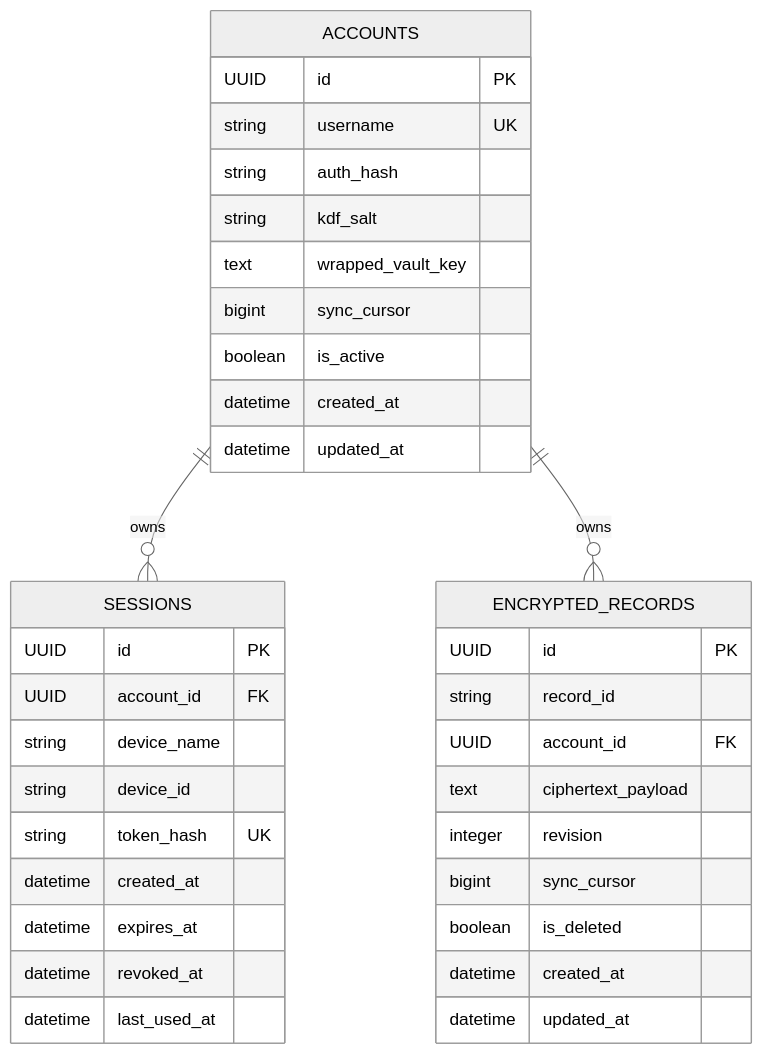
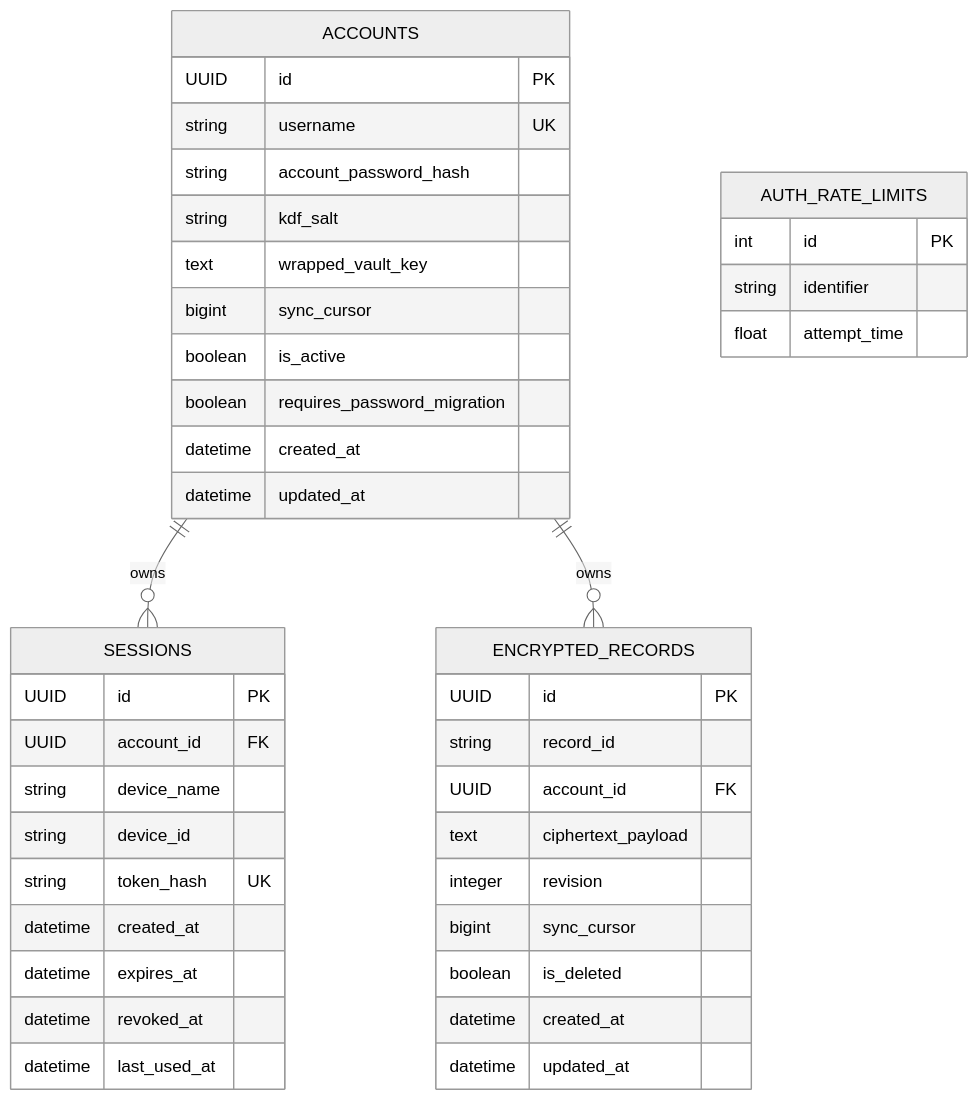
The second of 2 diagrams in docs/architecture.md (shivasathvik44/pswdMngr), drawn with Mermaid (neutral theme) before and after one commit. The commit also changed other lines of this file and 18 other files, not shown here.

Commit message:
feat(security): implement Two-Credential architecture and migration (Phase 3.2)

````diff
--- a/docs/architecture.md
+++ b/docs/architecture.md
@@ -82,41 +83,48 @@
 ```mermaid
 erDiagram
     ACCOUNTS ||--o{ SESSIONS : "owns"
     ACCOUNTS ||--o{ ENCRYPTED_RECORDS : "owns"
 
     ACCOUNTS {
         UUID id PK
         string username UK
-        string auth_hash
+        string account_password_hash
         string kdf_salt
         text wrapped_vault_key
         bigint sync_cursor
         boolean is_active
+        boolean requires_password_migration
         datetime created_at
         datetime updated_at
     }
 
     SESSIONS {
         UUID id PK
         UUID account_id FK
         string device_name
         string device_id
         string token_hash UK
         datetime created_at
         datetime expires_at
         datetime revoked_at
         datetime last_used_at
     }
 
     ENCRYPTED_RECORDS {
         UUID id PK
         string record_id
         UUID account_id FK
         text ciphertext_payload
         integer revision
         bigint sync_cursor
         boolean is_deleted
         datetime created_at
         datetime updated_at
     }
+
+    AUTH_RATE_LIMITS {
+        int id PK
+        string identifier
+        float attempt_time
+    }
 ```
````
